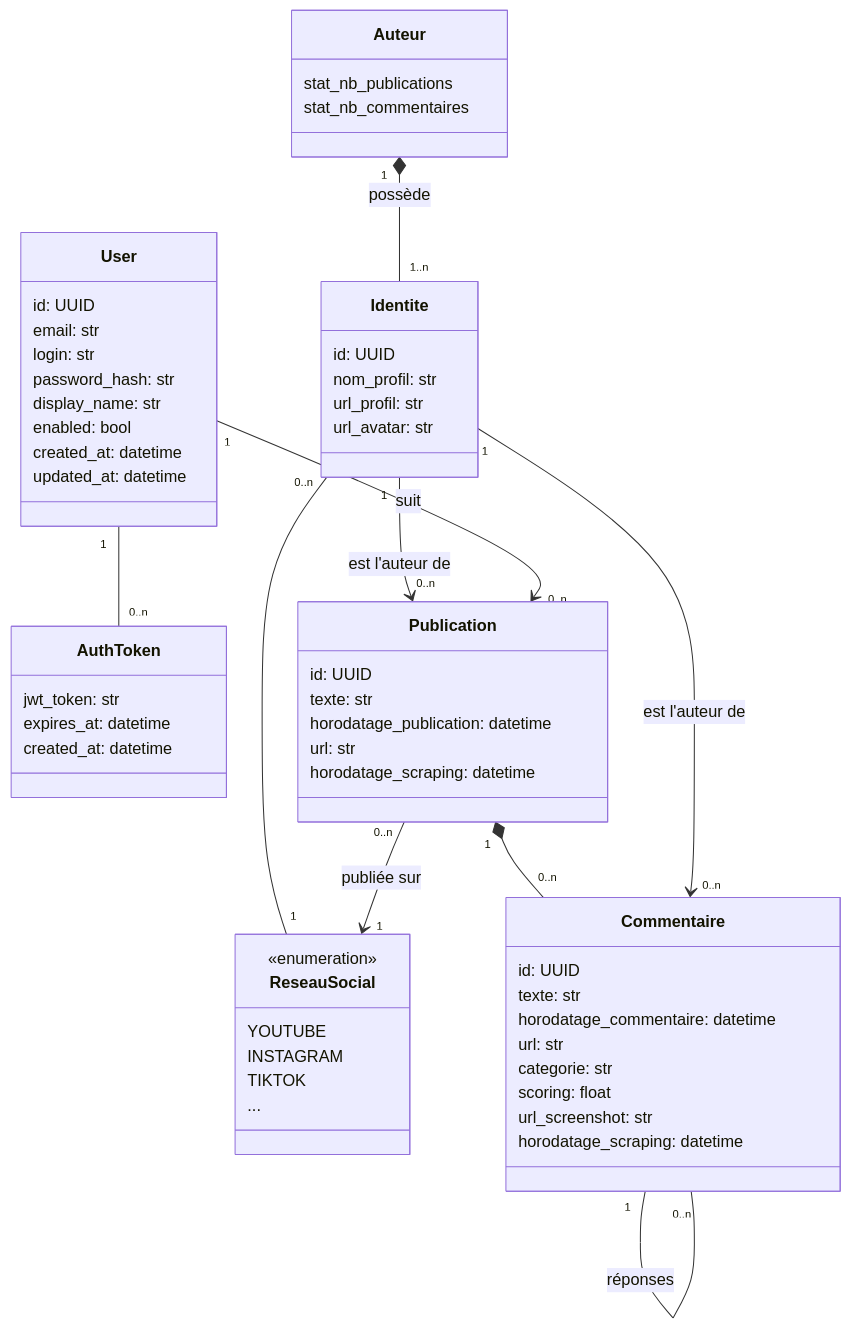
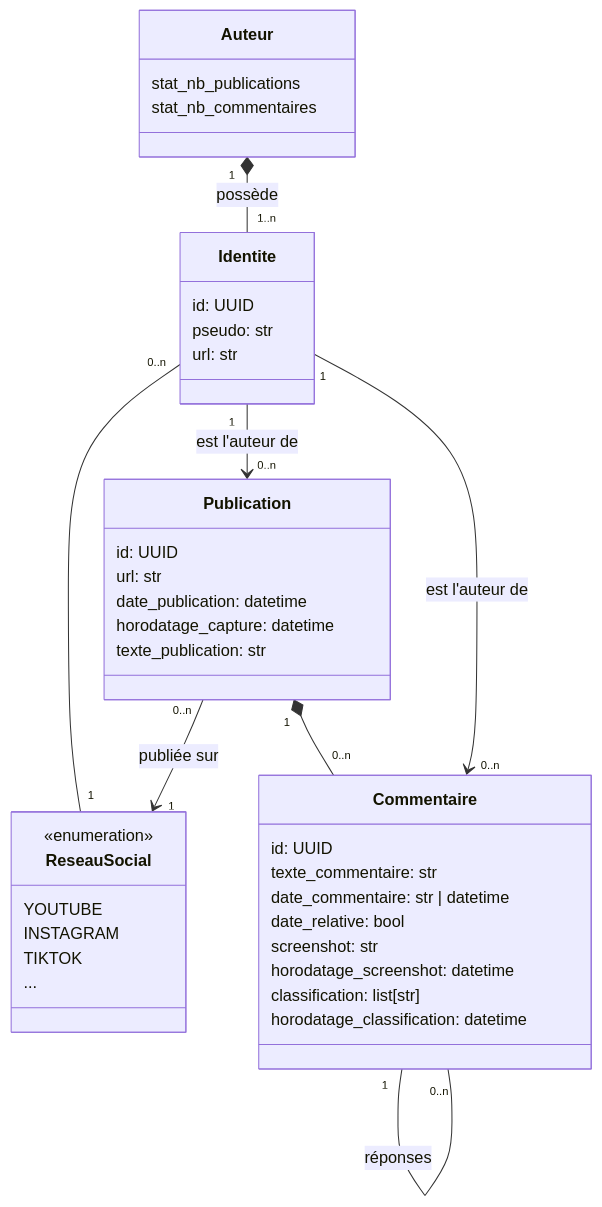
Before and after one commit to dataforgoodfr/14_BalanceTesHaters: the diagram in docs/backend/model.md, drawn with Mermaid. The commit also changed 1 other file, not shown here.

Commit message:
Mise en cohérence du modèle backend / frontent

````diff
--- a/docs/backend/model.md
+++ b/docs/backend/model.md
@@ -3,68 +3,48 @@
 ```mermaid
 classDiagram
-    class User {
-        id: UUID
-        email: str
-        login: str
-        password_hash: str
-        display_name: str
-        enabled: bool
-        created_at: datetime
-        updated_at: datetime
-    }
-
-    class AuthToken {
-        jwt_token: str
-        expires_at: datetime
-        created_at: datetime
-    }
-    User "1" -- "0..n" AuthToken
-
     class Auteur {
         stat_nb_publications
         stat_nb_commentaires
     }
 
     class Identite {
         id: UUID
-        nom_profil: str
-        url_profil: str
-        url_avatar: str
+        pseudo: str
+        url: str
     }
     Identite "0..n" -- "1" ReseauSocial
     Auteur "1" *-- "1..n" Identite : possède
 
     class ReseauSocial {
         <<enumeration>>
         YOUTUBE
         INSTAGRAM
         TIKTOK
         ...
     }
     class Publication {
         id: UUID
-        texte: str
-        horodatage_publication: datetime
         url: str
-        horodatage_scraping: datetime
+        date_publication: datetime
+        horodatage_capture: datetime
+        texte_publication: str
     }
     Identite "1" --> "0..n" Publication : est l'auteur de
     Publication "0..n" --> "1" ReseauSocial : publiée sur
 
     class Commentaire {
         id: UUID
-        texte: str
-        horodatage_commentaire: datetime
-        url: str
-        categorie: str
-        scoring: float
-        url_screenshot: str
-        horodatage_scraping: datetime
+        texte_commentaire: str
+        date_commentaire: str | datetime
+        date_relative: bool
+        screenshot: str
+        horodatage_screenshot: datetime
+        classification: list[str]
+        horodatage_classification: datetime
     }
 
     Publication "1" *-- "0..n" Commentaire
     Identite "1" --> "0..n" Commentaire : est l'auteur de
     Commentaire "1" -- "0..n" Commentaire : réponses
 
-    User "1" --> "0..n" Publication : suit
 ```
````
